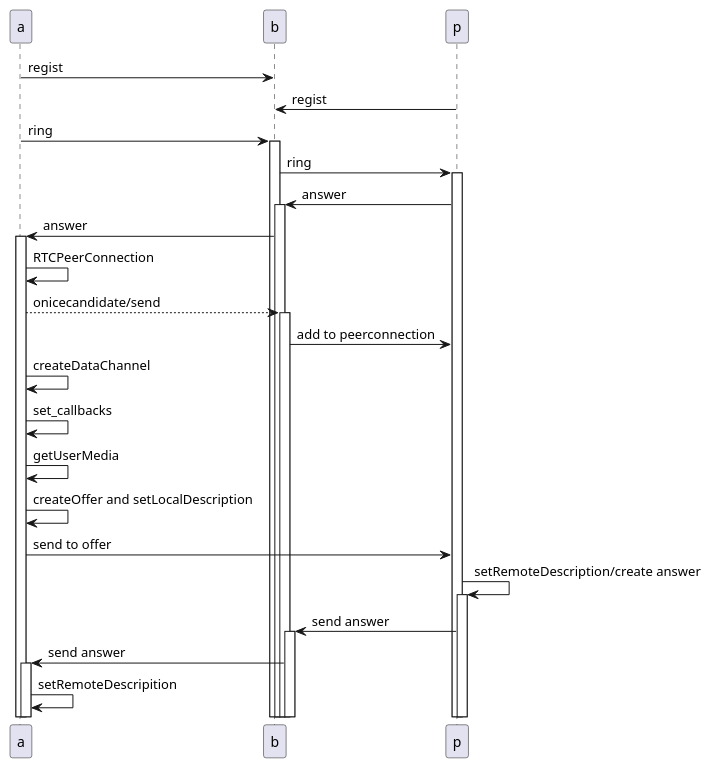
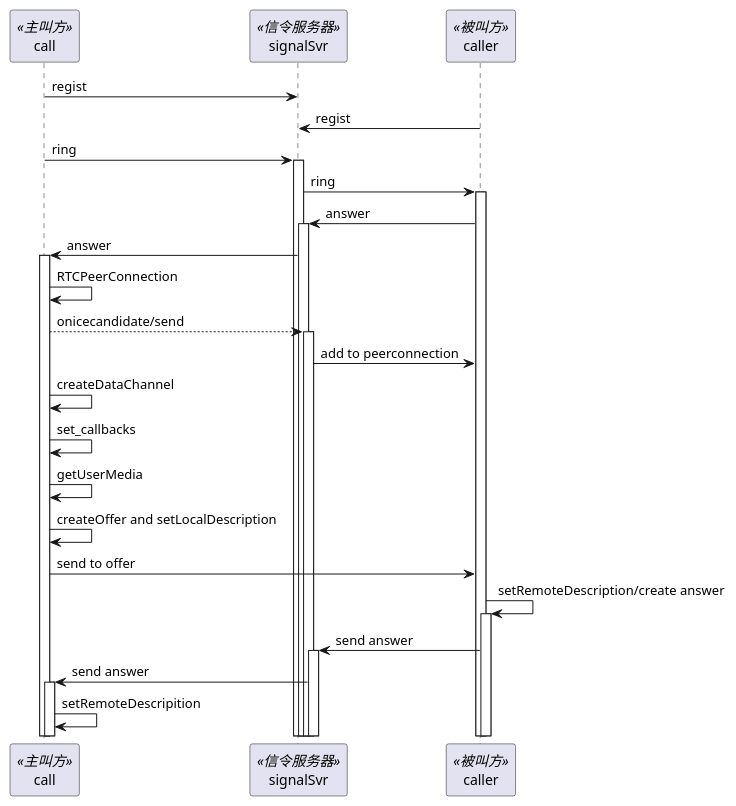
One commit to mingxin505/webrtcNote changed the diagram in webrtc_chrome/webConn.md. Above: the diagram before and after it, drawn with PlantUML. The commit also changed 8 other files, not shown here.

````diff
--- a/webrtc_chrome/webConn.md
+++ b/webrtc_chrome/webConn.md
@@ -1,37 +1,37 @@
 ```plantuml
 @startuml
-participant a
-participant b
+participant call as a <<主叫方>>
+participant signalSvr as b <<信令服务器>>
+participant caller as p <<被叫方>>
 
-participant p
 a -> b : regist
 p -> b : regist
 a -> b : ring
 activate b
 b -> p :ring
 activate p
 p -> b : answer
 activate b
 b -> a : answer
 activate a
 a -> a : RTCPeerConnection
 a --> b : onicecandidate/send 
 activate b
 b -> p : add to peerconnection
 a -> a : createDataChannel
 a -> a : set_callbacks
 a -> a : getUserMedia
 a -> a : createOffer and setLocalDescription
 a -> p : send to offer
 p -> p : setRemoteDescription/create answer
 activate p
 p -> b : send answer
 activate b
 b -> a : send answer
 activate a
 a -> a : setRemoteDescripition
 
 
 
 @enduml
 ```
````
